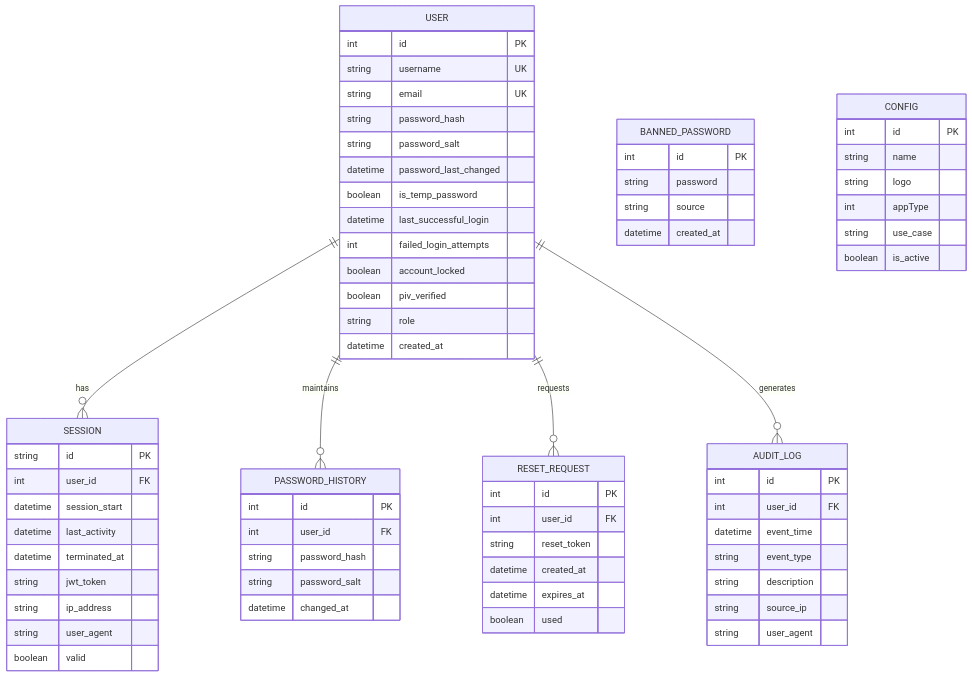
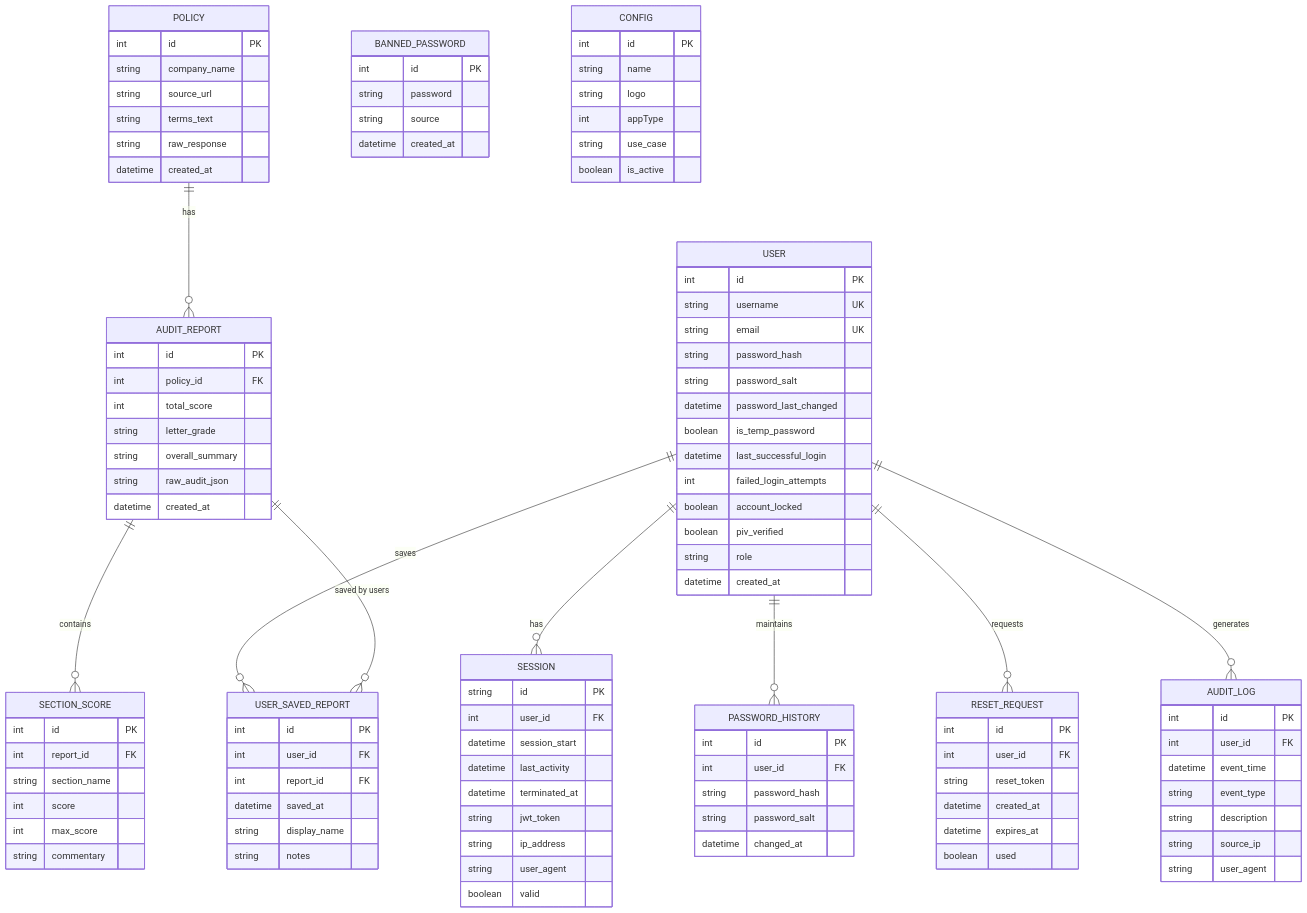
Before and after one commit to artsmc/hackathon-cerebras: the first of 2 diagrams in cline-docs/systemArchitecture.md, drawn with Mermaid. The commit also changed other lines of this file and 14 other files, not shown here.

Commit message:
feat: add policy analysis functionality with new database tables and user dashboard features

````diff
--- a/cline-docs/systemArchitecture.md
+++ b/cline-docs/systemArchitecture.md
@@ -20,6 +20,10 @@
     USER ||--o{ PASSWORD_HISTORY : "maintains"
     USER ||--o{ RESET_REQUEST : "requests"
     USER ||--o{ AUDIT_LOG : "generates"
+    USER ||--o{ USER_SAVED_REPORT : "saves"
+    POLICY ||--o{ AUDIT_REPORT : "has"
+    AUDIT_REPORT ||--o{ SECTION_SCORE : "contains"
+    AUDIT_REPORT ||--o{ USER_SAVED_REPORT : "saved by users"
     
     USER {
         int id PK
@@ -91,4 +95,41 @@
         string use_case
         boolean is_active
     }
+    
+    POLICY {
+        int id PK
+        string company_name
+        string source_url
+        string terms_text
+        string raw_response
+        datetime created_at
+    }
+    
+    AUDIT_REPORT {
+        int id PK
+        int policy_id FK
+        int total_score
+        string letter_grade
+        string overall_summary
+        string raw_audit_json
+        datetime created_at
+    }
+    
+    SECTION_SCORE {
+        int id PK
+        int report_id FK
+        string section_name
+        int score
+        int max_score
+        string commentary
+    }
+    
+    USER_SAVED_REPORT {
+        int id PK
+        int user_id FK
+        int report_id FK
+        datetime saved_at
+        string display_name
+        string notes
+    }
 ```
````
